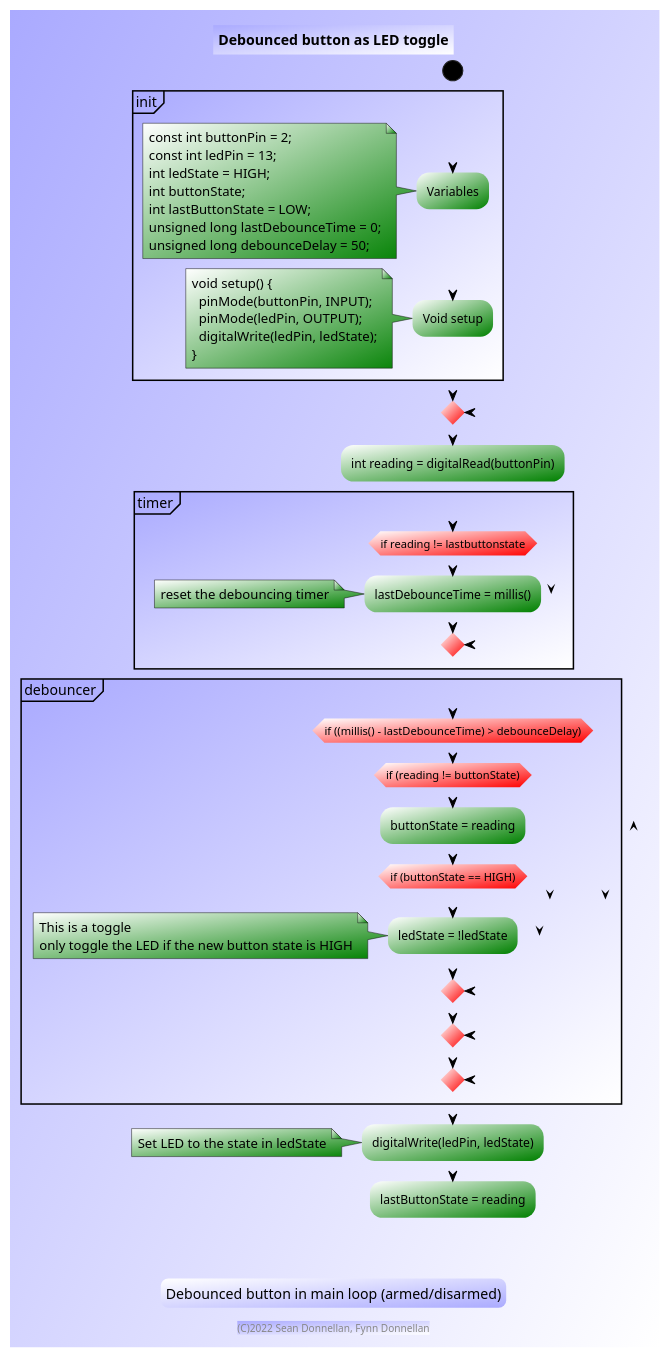
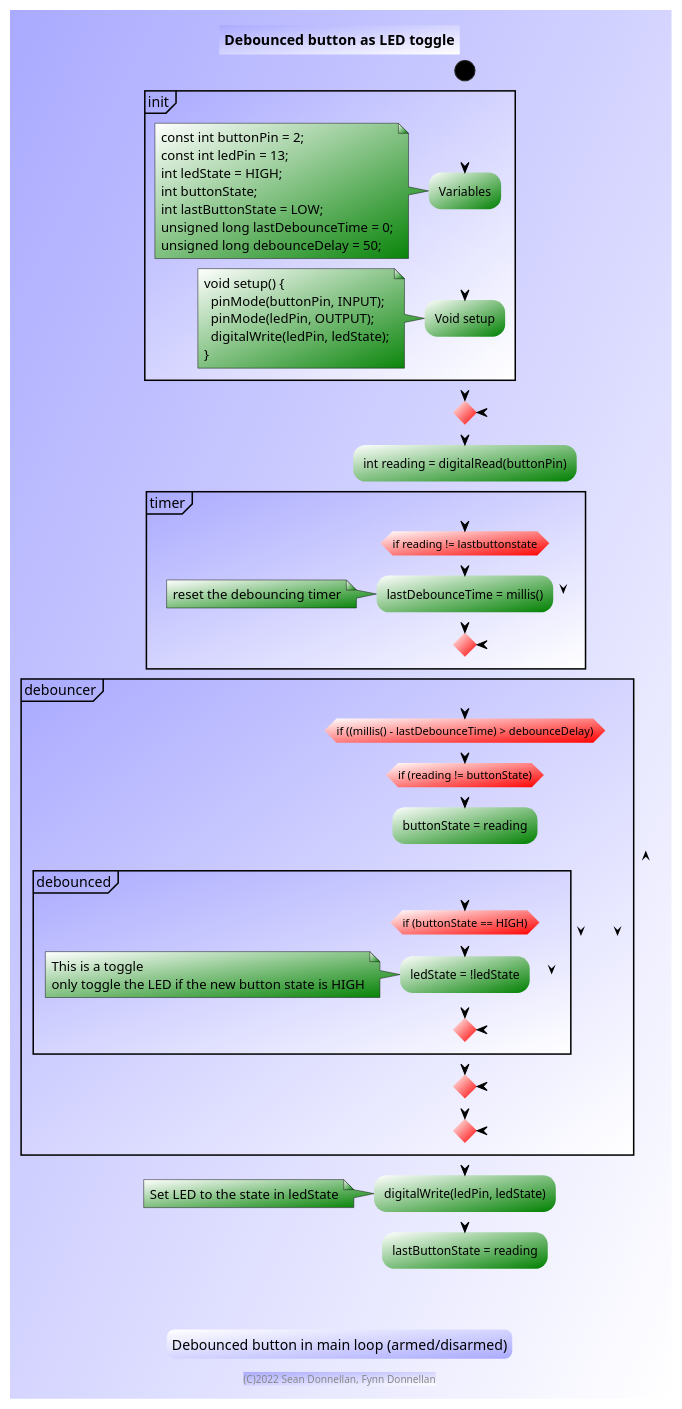
Before and after one commit to donnels/kerbal-control: the diagram in images/debounce.plantuml, drawn with PlantUML.

Commit message:
added debounced partition

```diff
--- a/images/debounce.plantuml
+++ b/images/debounce.plantuml
@@ -1,81 +1,83 @@
 @startuml
 title Debounced button as LED toggle
 footer (C)2022 Sean Donnellan, Fynn Donnellan
 
 skinparam activity {
   StartColor black
   BarColor black/blue
   EndColor black
   BackgroundColor #fff/green
   DiamondBackgroundColor #fff/red
   BorderColor black
   BorderThickness 0
 }
 skinparam note {
   BackgroundColor #fff/green
 }
 skinparam ArrowColor black
 skinparam BackgroundColor #aaf/fff
 skinparam legendBackgroundColor #fff/aaf
 skinparam LegendBorderThickness 0
 skinparam PartitionBackgroundColor #aaf/fff
 
 start
   partition init {
     :Variables;
     note left
       const int buttonPin = 2;
       const int ledPin = 13;
       int ledState = HIGH;
       int buttonState;
       int lastButtonState = LOW;
       unsigned long lastDebounceTime = 0;
       unsigned long debounceDelay = 50;
     end note
     :Void setup;
     note left
       void setup() {
         pinMode(buttonPin, INPUT);
         pinMode(ledPin, OUTPUT);
         digitalWrite(ledPin, ledState);
       }
     end note
   }
 	repeat
 	  :int reading = digitalRead(buttonPin);
     partition timer {
       if (if reading != lastbuttonstate)
 	    :lastDebounceTime = millis();
       note left
         reset the debouncing timer
       end note
       endif
     }
     partition debouncer {
       if (if ((millis() - lastDebounceTime) > debounceDelay))
         if (if (reading != buttonState))
           :buttonState = reading;
-          if (if (buttonState == HIGH))
-            :ledState = !ledState;
-            note left
-              This is a toggle
-              only toggle the LED if the new button state is HIGH
-            end note
-          endif
+	  partition debounced {
+          	if (if (buttonState == HIGH))
+            		:ledState = !ledState;
+            		note left
+              			This is a toggle
+              			only toggle the LED if the new button state is HIGH
+            		end note
+          	endif
+	  }
         endif
       endif
     }
     :digitalWrite(ledPin, ledState);
     note left
     	Set LED to the state in ledState
     end note
     :lastButtonState = reading;
  
 
 legend
 Debounced button in main loop (armed/disarmed)
 end legend
 
 
 
 @enduml
```
